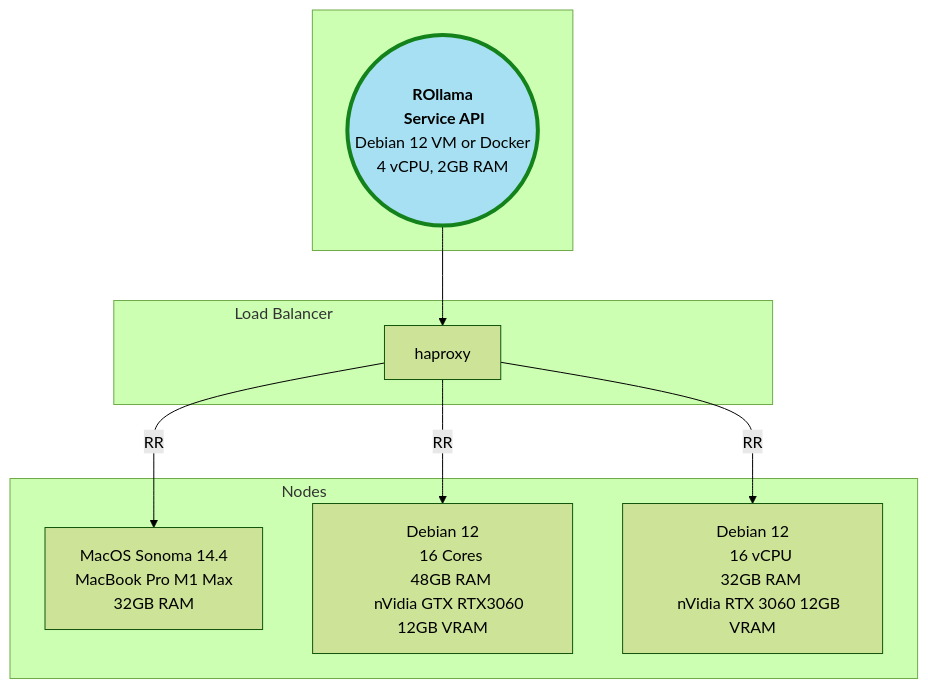
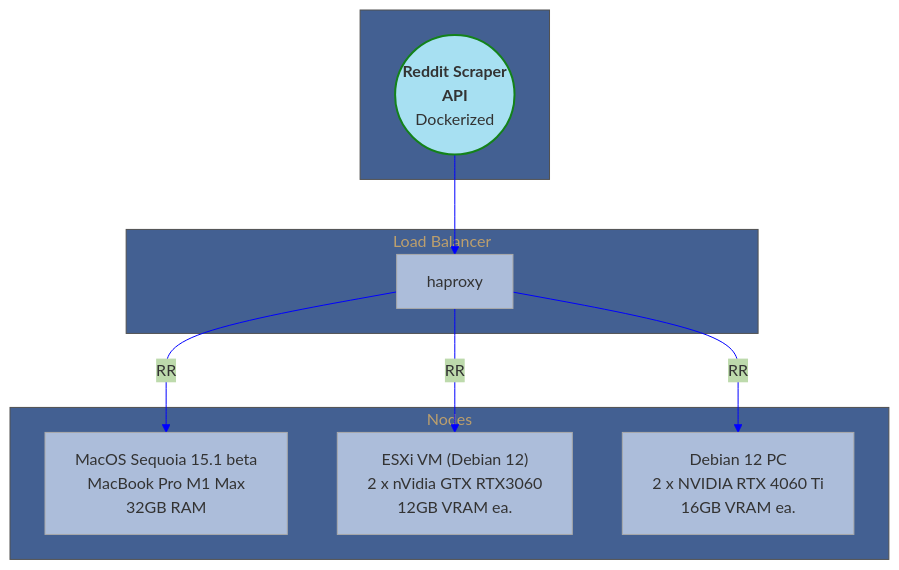
Before and after one commit to ovaisq/LLM-RedditScraper: the second of 4 diagrams in README.md, drawn with Mermaid.

Commit message:
Update diagram in README

````diff
--- a/README.md
+++ b/README.md
@@ -73,33 +73,31 @@
 ```mermaid
-%%{init: {'theme': 'forest'}}%%
+%%{init: {'theme': 'base','themeVariables': {'lineColor': 'Blue', 'primaryColor':'#acbdda','tertiaryColor': '#436092'}}}%%
 graph TD;
-    style R fill:#a7e0f2,stroke:#13821a,stroke-width:4px
+  style R fill:#a7e0f2,stroke:#13821a,stroke-width:2px
   subgraph ROllama[ ]
-  R(("`**ROllama
-    &nbsp&nbsp&nbsp&nbspService&nbspAPI**`"&nbsp&nbsp&nbsp
-    Debian 12 VM or Docker
-    &nbsp&nbsp&nbsp4 vCPU, 2GB RAM&nbsp&nbsp&nbsp ))
+  R(("`**Reddit Scraper
+    API**`"
+    Dockerized ))
   end
-  subgraph Load_Balancer["Load Balancer"&nbsp&nbsp&nbsp&nbsp&nbsp&nbsp&nbsp&nbsp&nbsp&nbsp&nbsp&nbsp&nbsp&nbsp&nbsp&nbsp&nbsp&nbsp&nbsp&nbsp&nbsp&nbsp&nbsp&nbsp&nbsp&nbsp&nbsp&nbsp&nbsp&nbsp&nbsp&nbsp&nbsp&nbsp&nbsp&nbsp&nbsp&nbsp&nbsp&nbsp&nbsp&nbsp&nbsp&nbsp&nbsp&nbsp&nbsp&nbsp&nbsp&nbsp&nbsp&nbsp&nbsp&nbsp&nbsp&nbsp&nbsp&nbsp&nbsp&nbsp&nbsp&nbsp&nbsp&nbsp&nbsp&nbsp&nbsp&nbsp&nbsp&nbsp&nbsp&nbsp&nbsp&nbsp&nbsp&nbsp&nbsp&nbsp]
+  subgraph Load_Balancer["Load Balancer"]
     Nginx[haproxy]
   end
 
-  subgraph Nodes["Nodes"&nbsp&nbsp&nbsp&nbsp&nbsp&nbsp&nbsp&nbsp&nbsp&nbsp&nbsp&nbsp&nbsp&nbsp&nbsp&nbsp&nbsp&nbsp&nbsp&nbsp&nbsp&nbsp&nbsp&nbsp&nbsp&nbsp&nbsp&nbsp&nbsp&nbsp&nbsp&nbsp&nbsp&nbsp&nbsp&nbsp&nbsp&nbsp&nbsp&nbsp&nbsp&nbsp&nbsp&nbsp&nbsp&nbsp&nbsp&nbsp&nbsp&nbsp&nbsp&nbsp&nbsp&nbsp&nbsp&nbsp&nbsp&nbsp&nbsp&nbsp&nbsp&nbsp&nbsp&nbsp&nbsp&nbsp&nbsp&nbsp&nbsp&nbsp&nbsp&nbsp&nbsp&nbsp&nbsp&nbsp&nbsp&nbsp]
-    Node1[MacOS Sonoma 14.4
+  subgraph Nodes["Nodes"]
+    Node1[MacOS Sequoia 15.1 beta
     MacBook Pro M1 Max
     32GB RAM]
-    Node2[Debian 12
-    16 Cores
-    48GB RAM
-    nVidia GTX RTX3060 12GB VRAM]
-    Node3[Debian 12
-    16 vCPU
-    32GB RAM
-    nVidia RTX 3060 12GB VRAM]
+    Node2["ESXi VM (Debian 12)
+    2 x nVidia GTX RTX3060
+    12GB VRAM ea."]
+    Node3[Debian 12 PC
+    2 x NVIDIA RTX 4060 Ti
+    16GB VRAM ea.
+    ]
   end
 
   Nginx -- RR --> Node1
   Nginx -- RR --> Node2
   Nginx -- RR --> Node3
   R --> Nginx
 ```
````
